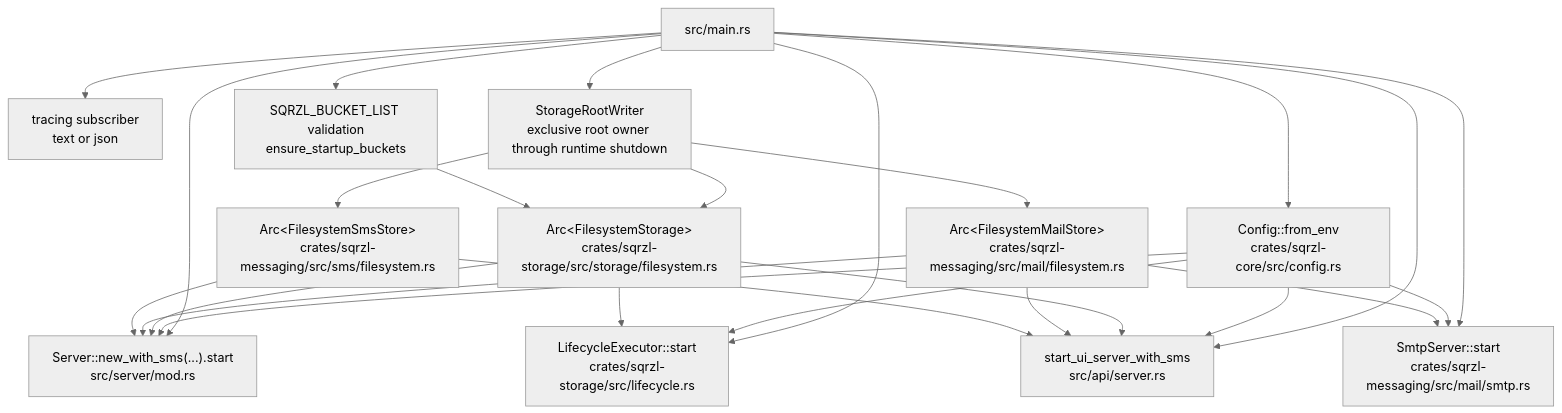
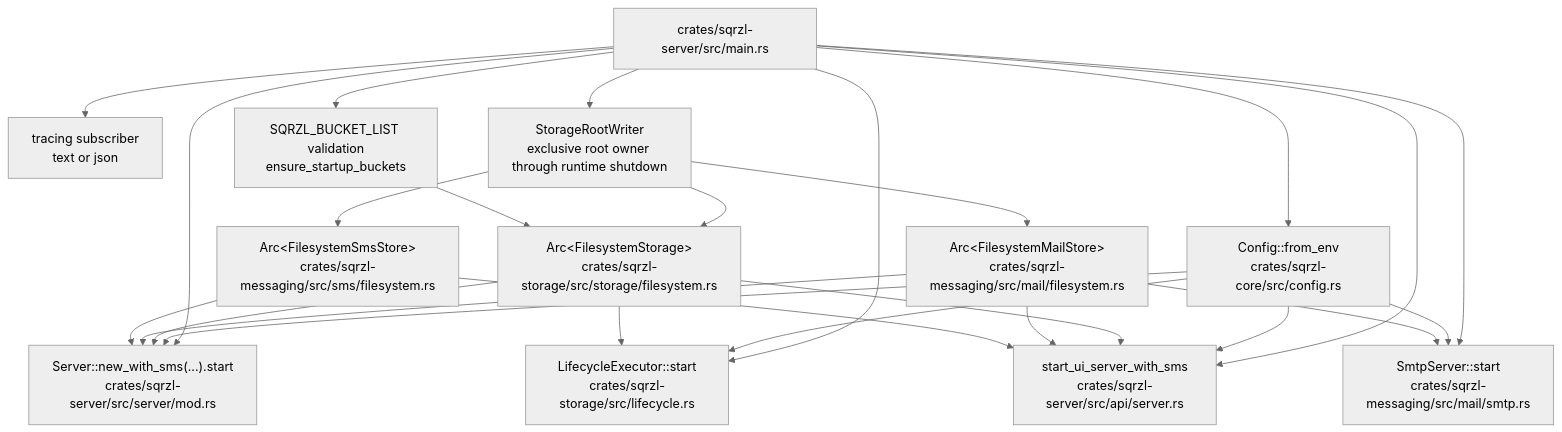
Before and after one commit to sqrzl/sqrzl-emulator: the second of 11 diagrams in docs/architecture.md, drawn with Mermaid (neutral theme). The commit also changed other lines of this file and 93 other files, not shown here.

````diff
--- a/docs/architecture.md
+++ b/docs/architecture.md
@@ -94,41 +96,41 @@
 ```mermaid
 flowchart TB
-    Main["src/main.rs"]
+    Main["crates/sqrzl-server/src/main.rs"]
     Config["Config::from_env<br/>crates/sqrzl-core/src/config.rs"]
     Logging["tracing subscriber<br/>text or json"]
     RootWriter["StorageRootWriter<br/>exclusive root owner through runtime shutdown"]
     StartupBuckets["SQRZL_BUCKET_LIST validation<br/>ensure_startup_buckets"]
     Storage["Arc&lt;FilesystemStorage&gt;<br/>crates/sqrzl-storage/src/storage/filesystem.rs"]
     Mail["Arc&lt;FilesystemMailStore&gt;<br/>crates/sqrzl-messaging/src/mail/filesystem.rs"]
     Sms["Arc&lt;FilesystemSmsStore&gt;<br/>crates/sqrzl-messaging/src/sms/filesystem.rs"]
     Lifecycle["LifecycleExecutor::start<br/>crates/sqrzl-storage/src/lifecycle.rs"]
-    ProviderServer["Server::new_with_sms(...).start<br/>src/server/mod.rs"]
-    UiServer["start_ui_server_with_sms<br/>src/api/server.rs"]
+    ProviderServer["Server::new_with_sms(...).start<br/>crates/sqrzl-server/src/server/mod.rs"]
+    UiServer["start_ui_server_with_sms<br/>crates/sqrzl-server/src/api/server.rs"]
     SmtpServer["SmtpServer::start<br/>crates/sqrzl-messaging/src/mail/smtp.rs"]
 
     Main --> Config
     Main --> Logging
     Main --> RootWriter
     RootWriter --> Storage
     RootWriter --> Mail
     RootWriter --> Sms
     Main --> StartupBuckets
     StartupBuckets --> Storage
     Main --> Lifecycle
     Main --> ProviderServer
     Main --> UiServer
     Main --> SmtpServer
 
     Config --> ProviderServer
     Config --> UiServer
     Config --> Lifecycle
     Config --> SmtpServer
     Storage --> ProviderServer
     Storage --> UiServer
     Storage --> Lifecycle
     Mail --> ProviderServer
     Mail --> UiServer
     Mail --> SmtpServer
     Sms --> ProviderServer
     Sms --> UiServer
 ```
````
